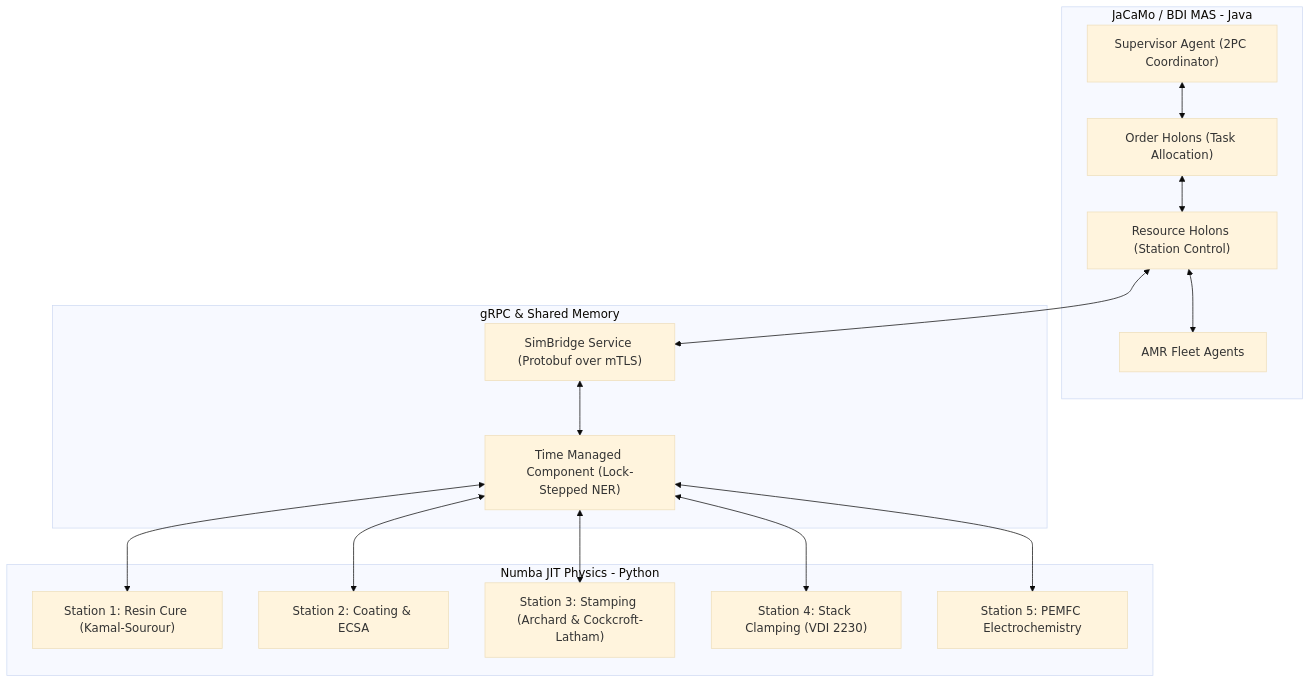
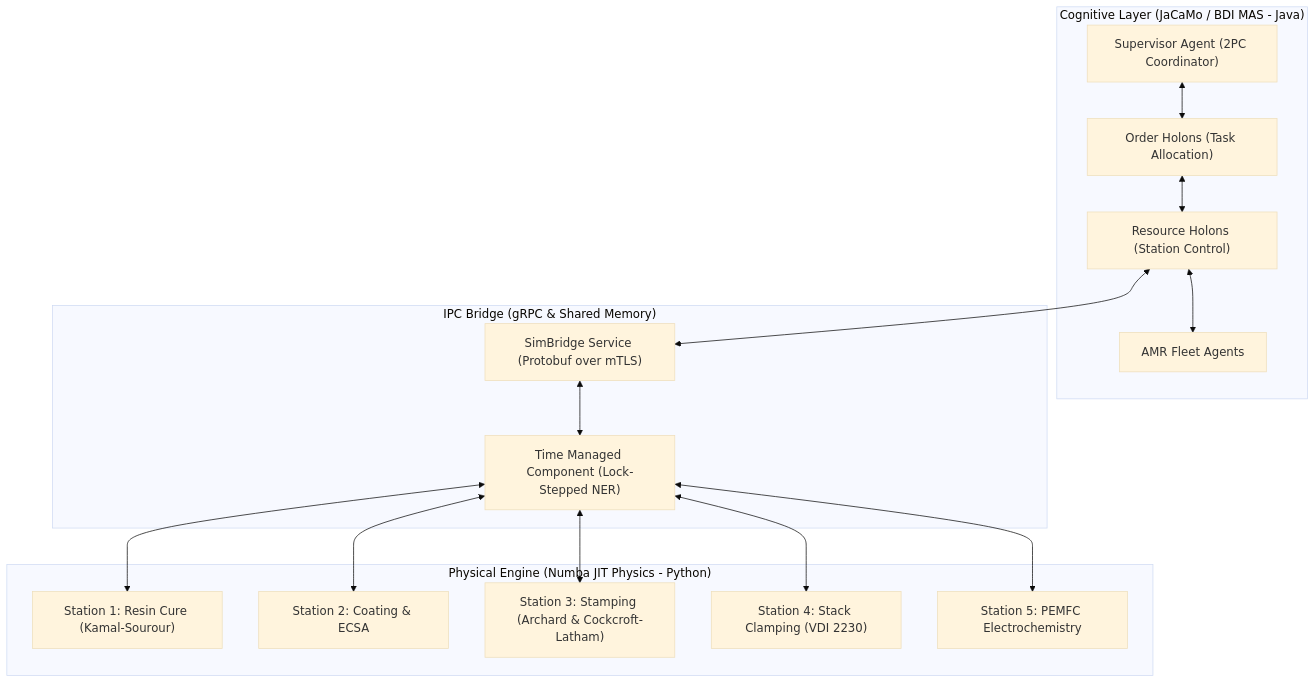
One commit to utczbr/Matrix_Factory changed the diagram in docs/index.md. Above: the diagram before and after it, drawn with Mermaid (base theme). The commit also changed 26 other files, not shown here.

Commit message:
fix(docs): resolve Mermaid syntax warnings and clean LaTeX math parsing across all pages

````diff
--- a/docs/index.md
+++ b/docs/index.md
@@ -15,33 +15,33 @@
 ```mermaid
 graph TD
-    subgraph Cognitive Layer [JaCaMo / BDI MAS - Java]
+    subgraph Cognitive_Layer ["Cognitive Layer (JaCaMo / BDI MAS - Java)"]
         SUP["Supervisor Agent (2PC Coordinator)"]
         OH["Order Holons (Task Allocation)"]
         RH["Resource Holons (Station Control)"]
         AMR["AMR Fleet Agents"]
     end
 
-    subgraph IPC Bridge [gRPC & Shared Memory]
+    subgraph IPC_Bridge ["IPC Bridge (gRPC & Shared Memory)"]
         GRPC["SimBridge Service (Protobuf over mTLS)"]
         TMC["Time Managed Component (Lock-Stepped NER)"]
     end
 
-    subgraph Physical Engine [Numba JIT Physics - Python]
+    subgraph Physical_Engine ["Physical Engine (Numba JIT Physics - Python)"]
         S1["Station 1: Resin Cure (Kamal-Sourour)"]
         S2["Station 2: Coating & ECSA"]
         S3["Station 3: Stamping (Archard & Cockcroft-Latham)"]
         S4["Station 4: Stack Clamping (VDI 2230)"]
         S5["Station 5: PEMFC Electrochemistry"]
     end
 
     SUP <--> OH
     OH <--> RH
     RH <--> AMR
     RH <--> GRPC
     GRPC <--> TMC
     TMC <--> S1
     TMC <--> S2
     TMC <--> S3
     TMC <--> S4
     TMC <--> S5
 ```
````
